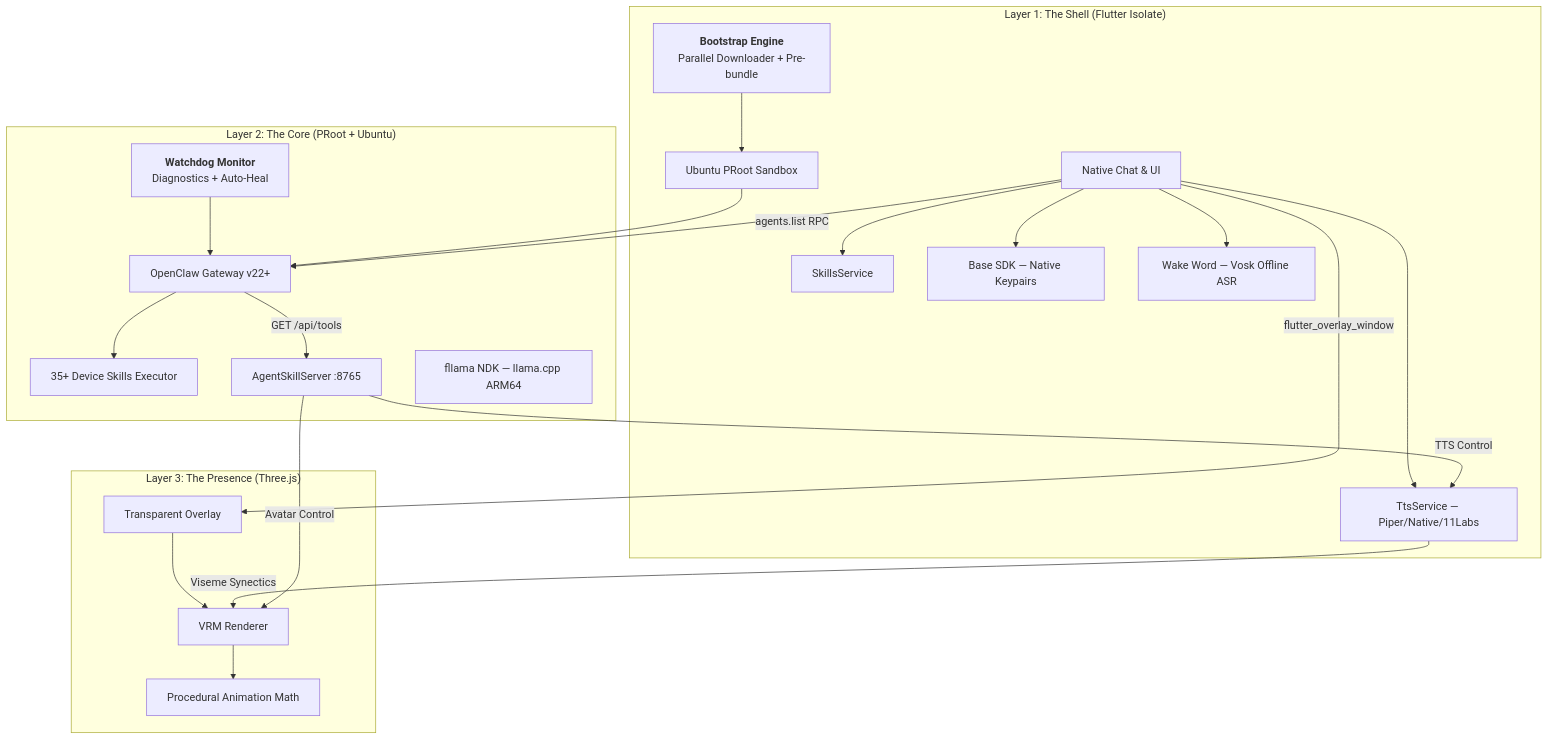
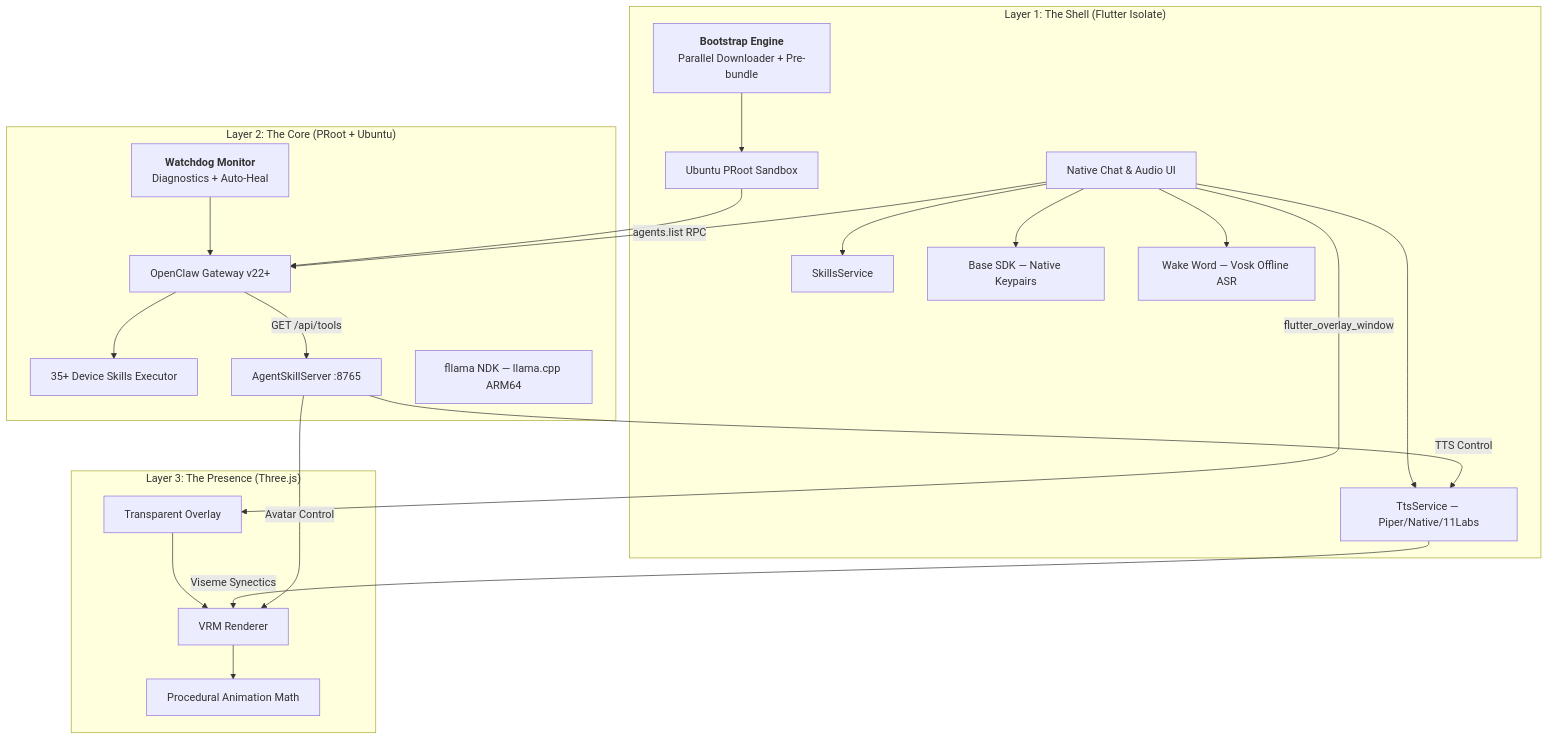
The diagram in README.md (vmbbz/plawie), drawn with Mermaid before and after one commit. The commit also changed other lines of this file, not shown here.

````diff
--- a/README.md
+++ b/README.md
@@ -141,29 +175,29 @@
 ```mermaid
 graph TD
     subgraph "Layer 1: The Shell (Flutter Isolate)"
-        A[Native Chat & UI] --> B[SkillsService]
+        A[Native Chat & Audio UI] --> B[SkillsService]
         A --> C[Base SDK — Native Keypairs]
         A --> D[TtsService — Piper/Native/11Labs]
         A --> W[Wake Word — Vosk Offline ASR]
         Z[<b>Bootstrap Engine</b><br/>Parallel Downloader + Pre-bundle] --> E
     end
 
     subgraph "Layer 2: The Core (PRoot + Ubuntu)"
         E[Ubuntu PRoot Sandbox] --> F[OpenClaw Gateway v22+]
         F --> G[35+ Device Skills Executor]
         F -- "GET /api/tools" --> K
         L[fllama NDK — llama.cpp ARM64]
         M[<b>Watchdog Monitor</b><br/>Diagnostics + Auto-Heal] --> F
     end
 
     subgraph "Layer 3: The Presence (Three.js)"
         H[Transparent Overlay] --> I[VRM Renderer]
         I --> J[Procedural Animation Math]
     end
 
     A -- "flutter_overlay_window" --> H
     D -- "Viseme Synectics" --> I
     A -- "agents.list RPC" --> F
     K[AgentSkillServer :8765] -- "Avatar Control" --> I
     K -- "TTS Control" --> D
 ```
````
